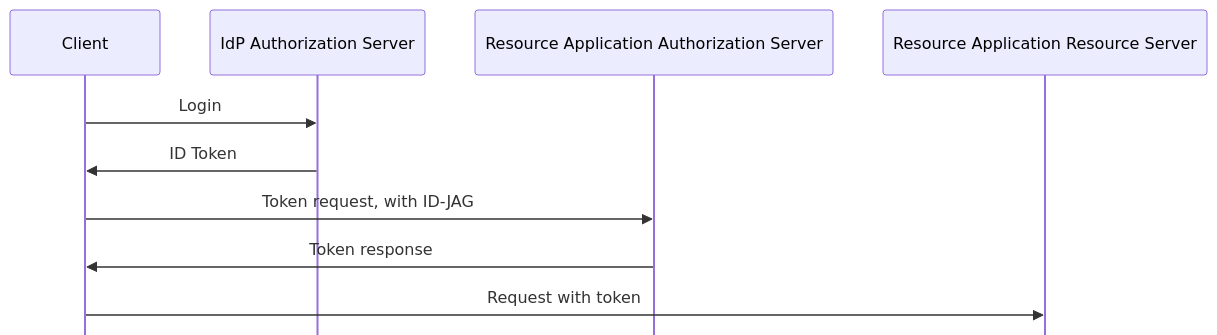
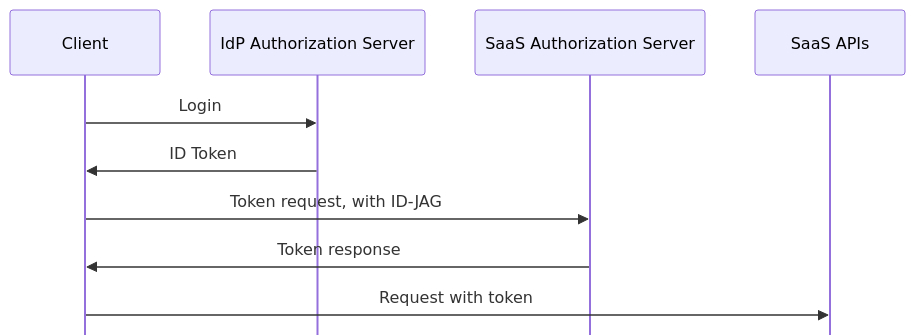
One commit to stianst/playground changed the fifth of 6 diagrams in seq/flows.md. Above: the diagram before and after it, drawn with Mermaid.

````diff
--- a/seq/flows.md
+++ b/seq/flows.md
@@ -88,17 +88,17 @@
 ```mermaid
 ---
 config:
     mirrorActors: false
 ---
 sequenceDiagram
     participant C as Client
     participant IDP as IdP Authorization Server
-    participant RSA as Resource Application Authorization Server
-    participant RS as Resource Application Resource Server
+    participant RSA as SaaS Authorization Server
+    participant RS as SaaS APIs
 
     C->>IDP: Login
     IDP->>C: ID Token
     C->>RSA: Token request, with ID-JAG
     RSA->>C: Token response
     C->>RS: Request with token
 ```
````
